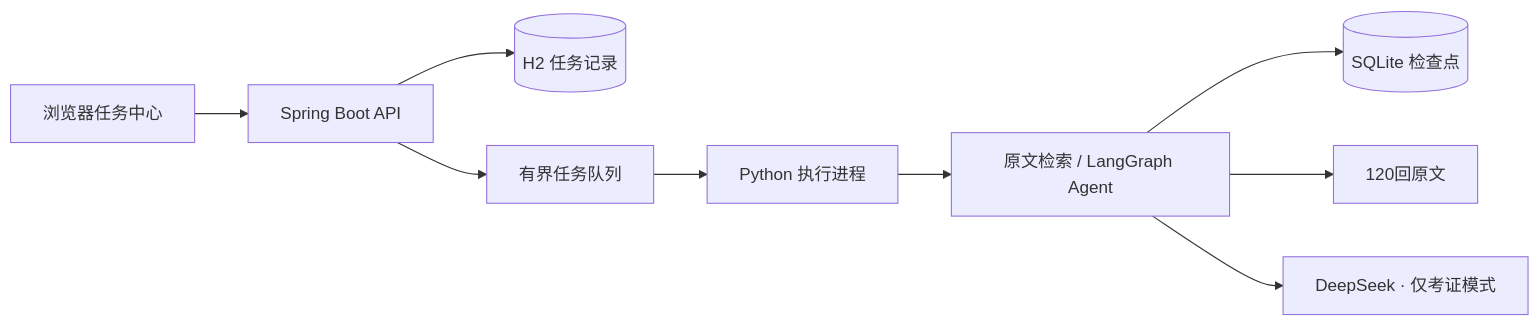
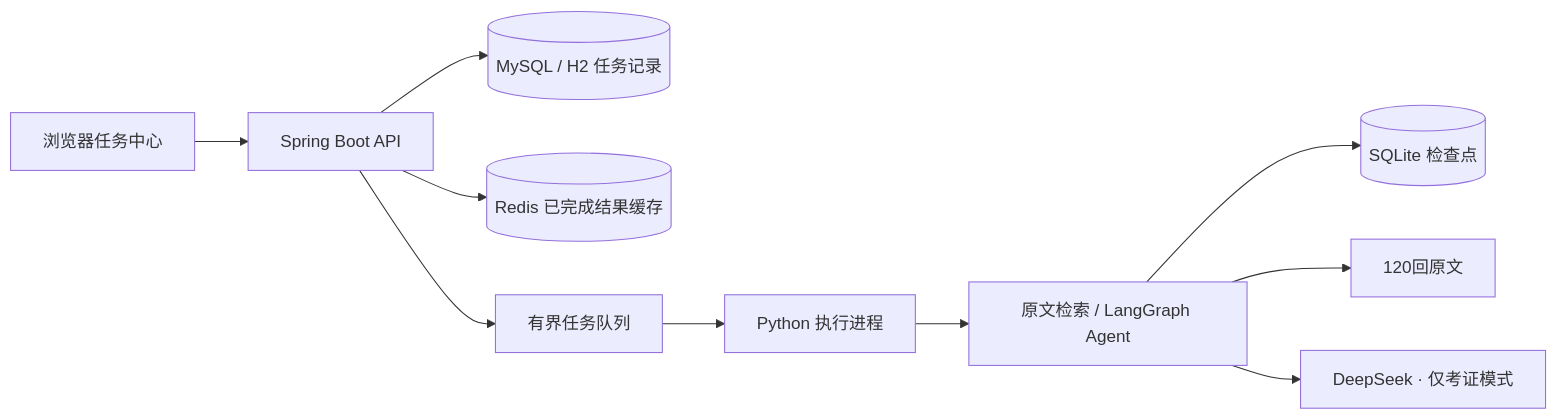
Before and after one commit to lol-beluga/hongloumeng-rag: the diagram in README.md, drawn with Mermaid. The commit also changed other lines of this file and 20 other files, not shown here.

Commit message:
接入 MySQL 任务存储与 Redis 结果缓存

````diff
--- a/README.md
+++ b/README.md
@@ -31,11 +31,12 @@
 ```mermaid
 flowchart LR
     U[浏览器任务中心] --> J[Spring Boot API]
-    J --> H[(H2 任务记录)]
+    J --> H[(MySQL / H2 任务记录)]
+    J --> C[(Redis 已完成结果缓存)]
     J --> Q[有界任务队列]
     Q --> P[Python 执行进程]
     P --> R[原文检索 / LangGraph Agent]
     R --> S[(SQLite 检查点)]
     R --> T[120回原文]
     R --> M[DeepSeek · 仅考证模式]
 ```
````
